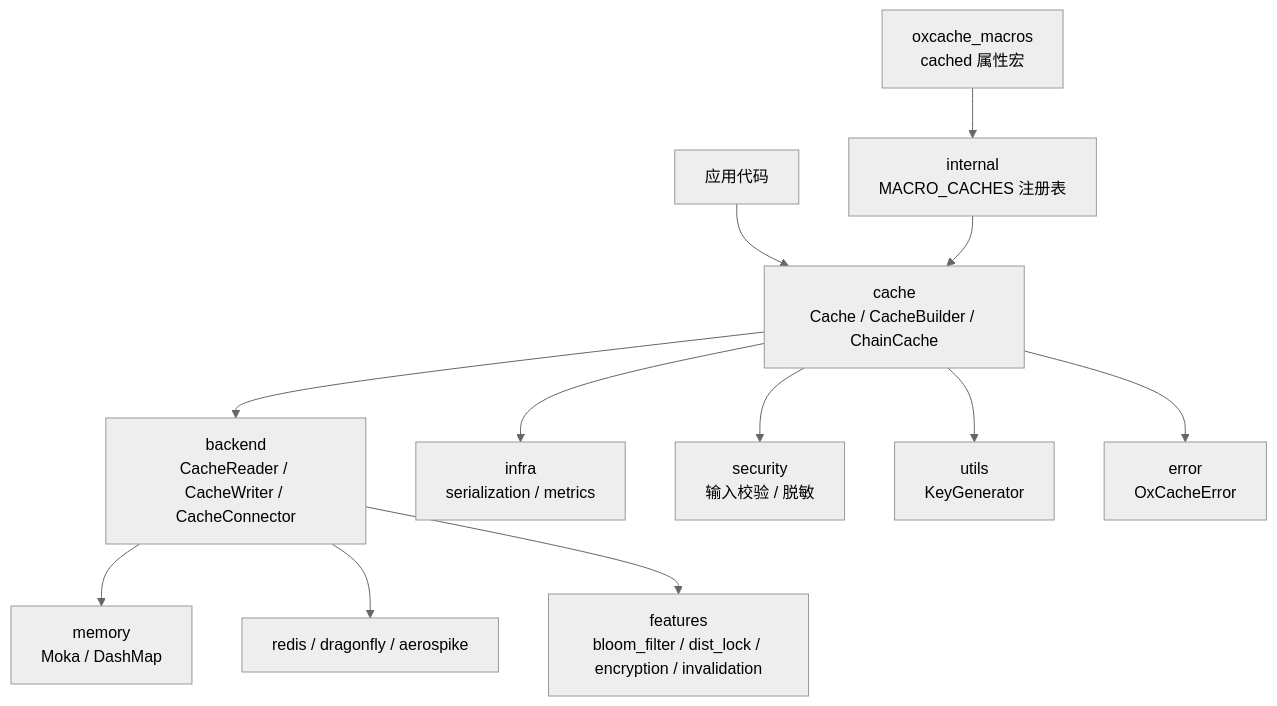
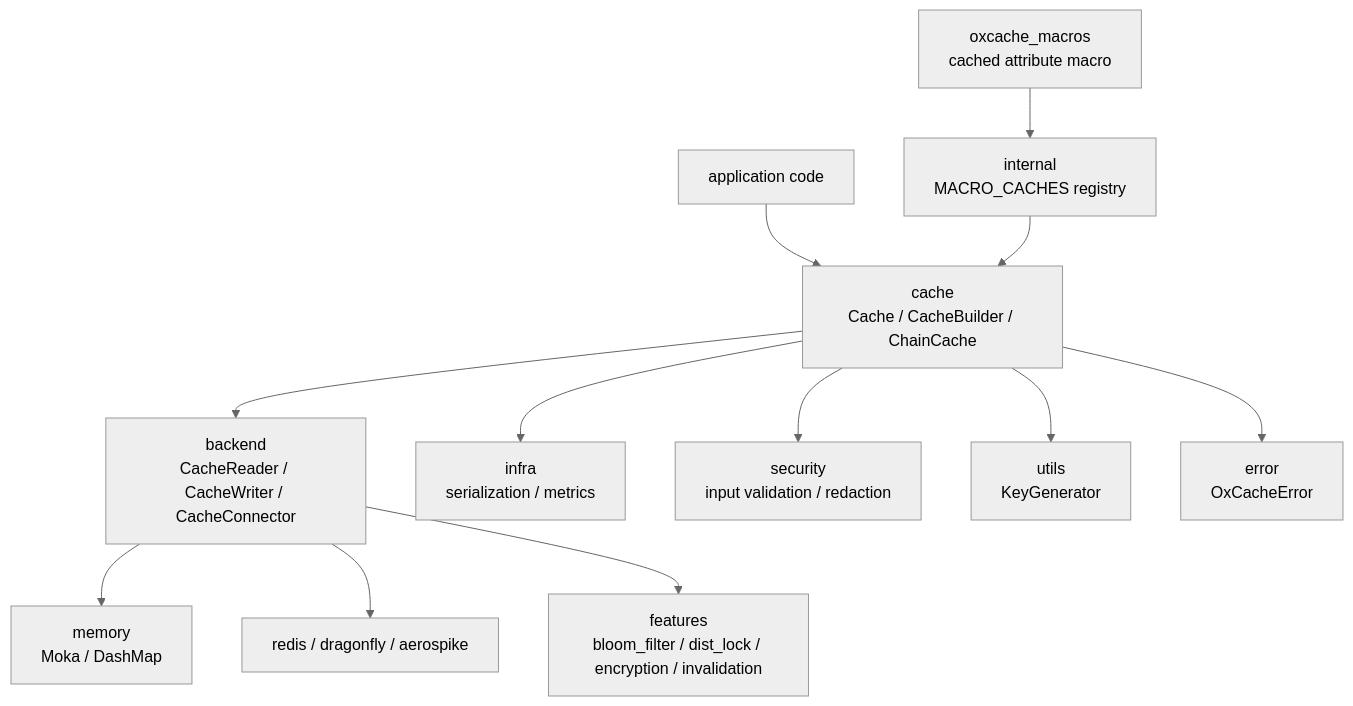
One commit to Kirky-X/oxcache changed the first of 6 diagrams in docs/en/ARCHITECTURE.md. Above: the diagram before and after it, drawn with Mermaid (neutral theme). The commit also changed other lines of this file and 15 other files, not shown here.

````diff
--- a/docs/en/ARCHITECTURE.md
+++ b/docs/en/ARCHITECTURE.md
@@ -65,14 +65,14 @@
 ```mermaid
 flowchart TD
-    APP["应用代码"] --> CACHE
-    MACRO["oxcache_macros<br/>cached 属性宏"] --> REG["internal<br/>MACRO_CACHES 注册表"]
+    APP["application code"] --> CACHE
+    MACRO["oxcache_macros<br/>cached attribute macro"] --> REG["internal<br/>MACRO_CACHES registry"]
     REG --> CACHE["cache<br/>Cache / CacheBuilder / ChainCache"]
     CACHE --> BACKEND["backend<br/>CacheReader / CacheWriter / CacheConnector"]
     CACHE --> INFRA["infra<br/>serialization / metrics"]
-    CACHE --> SEC["security<br/>输入校验 / 脱敏"]
+    CACHE --> SEC["security<br/>input validation / redaction"]
     CACHE --> UTILS["utils<br/>KeyGenerator"]
     CACHE --> ERR["error<br/>OxCacheError"]
     BACKEND --> MEM["memory<br/>Moka / DashMap"]
     BACKEND --> DIST["redis / dragonfly / aerospike"]
     BACKEND --> FEATS["features<br/>bloom_filter / dist_lock / encryption / invalidation"]
 ```
````
